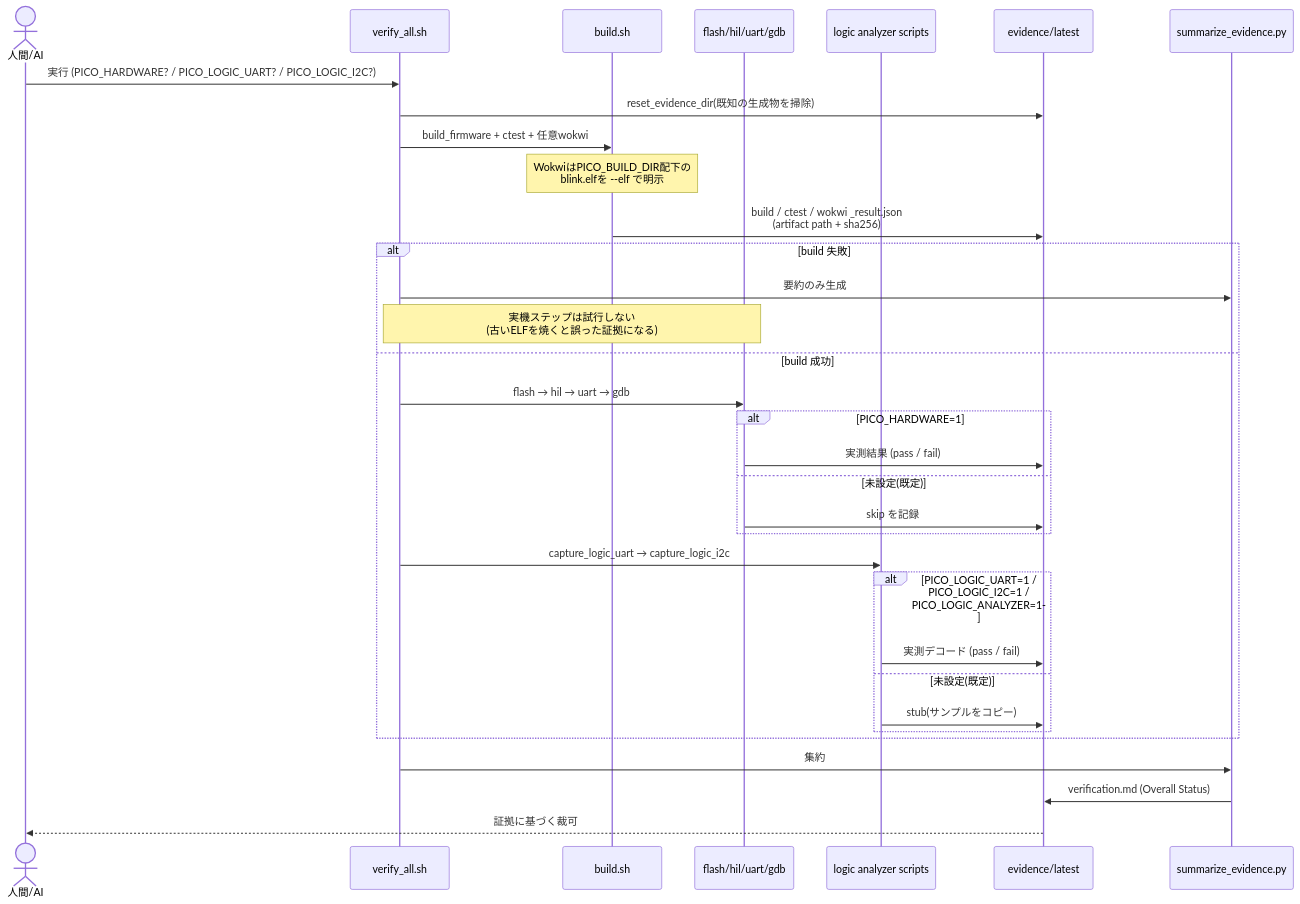
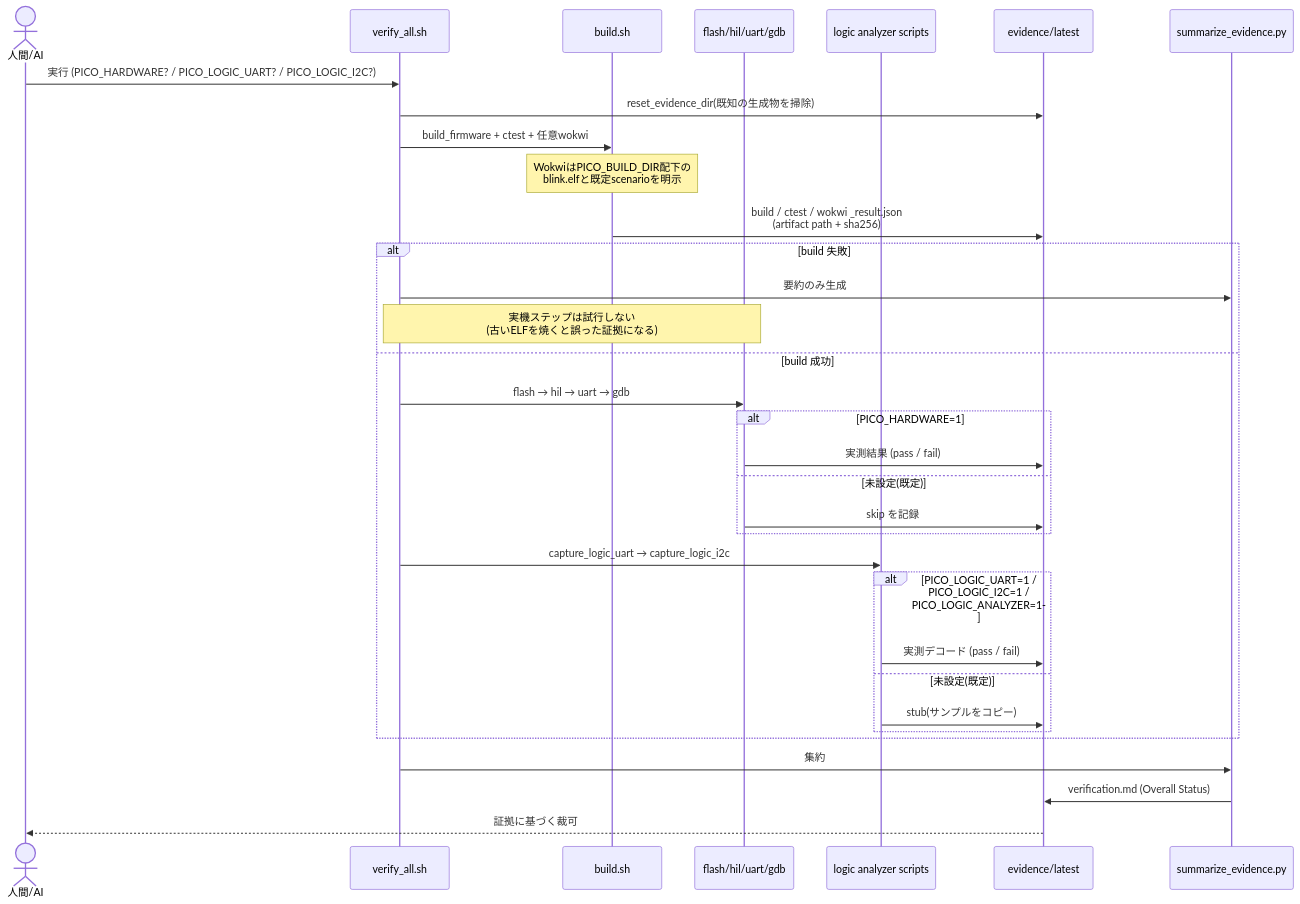
The diagram in docs/architecture/04_verification_flow.md (capybara-works/pico-sdk-blink), drawn with Mermaid before and after one commit. The commit also changed other lines of this file and 24 other files, not shown here.

````diff
--- a/docs/architecture/04_verification_flow.md
+++ b/docs/architecture/04_verification_flow.md
@@ -6,38 +6,38 @@
 ```mermaid
 sequenceDiagram
     actor Dev as 人間/AI
     participant VA as verify_all.sh
     participant B as build.sh
     participant HW as flash/hil/uart/gdb
     participant LG as logic analyzer scripts
     participant EV as evidence/latest
     participant SM as summarize_evidence.py
 
     Dev->>VA: 実行 (PICO_HARDWARE? / PICO_LOGIC_UART? / PICO_LOGIC_I2C?)
     VA->>EV: reset_evidence_dir(既知の生成物を掃除)
     VA->>B: build_firmware + ctest + 任意wokwi
-    Note over B: WokwiはPICO_BUILD_DIR配下の<br/>blink.elfを --elf で明示
+    Note over B: WokwiはPICO_BUILD_DIR配下の<br/>blink.elfと既定scenarioを明示
     B->>EV: build / ctest / wokwi _result.json<br/>(artifact path + sha256)
 
     alt build 失敗
         VA->>SM: 要約のみ生成
         Note over VA,HW: 実機ステップは試行しない<br/>(古いELFを焼くと誤った証拠になる)
     else build 成功
         VA->>HW: flash → hil → uart → gdb
         alt PICO_HARDWARE=1
             HW->>EV: 実測結果 (pass / fail)
         else 未設定(既定)
             HW->>EV: skip を記録
         end
         VA->>LG: capture_logic_uart → capture_logic_i2c
         alt PICO_LOGIC_UART=1 / PICO_LOGIC_I2C=1 / PICO_LOGIC_ANALYZER=1
             LG->>EV: 実測デコード (pass / fail)
         else 未設定(既定)
             LG->>EV: stub(サンプルをコピー)
         end
     end
 
     VA->>SM: 集約
     SM->>EV: verification.md (Overall Status)
     EV-->>Dev: 証拠に基づく裁可
 ```
````
